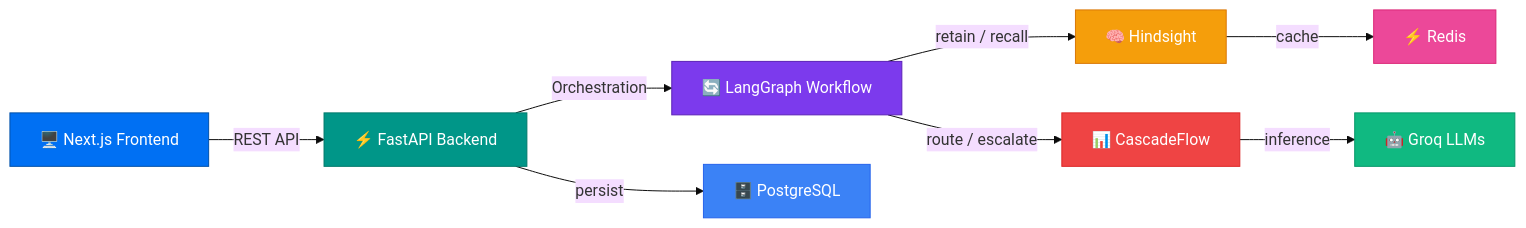
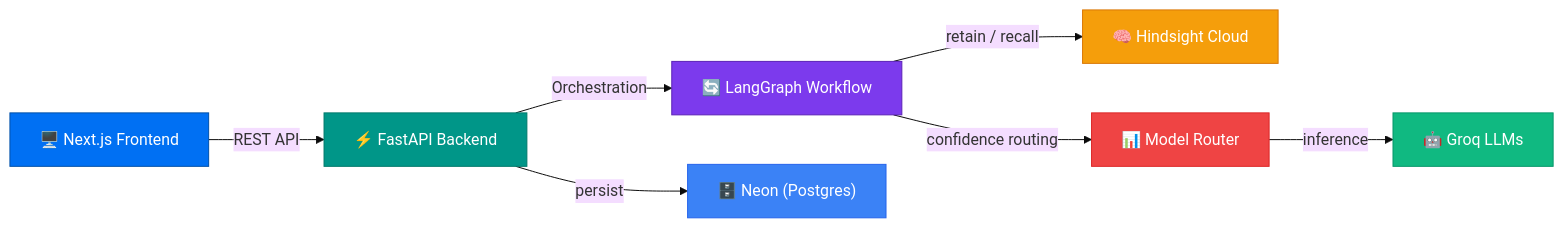
One commit to cartman2k05/codepilot-ai changed the first of 2 diagrams in README.md. Above: the diagram before and after it, drawn with Mermaid (base theme). The commit also changed other lines of this file and 13 other files, not shown here.

Commit message:
chore: production infra cleanup -- remove Redis/Hindsight container, cascadeflow dep, semgrep subprocess; add Hindsight Cloud auth; switch DB default to Neon; delete scratch files

````diff
--- a/README.md
+++ b/README.md
@@ -41,19 +41,17 @@
 ```mermaid
 graph LR
     A["🖥️ Next.js Frontend"] -->|REST API| B["⚡ FastAPI Backend"]
     B -->|Orchestration| C["🔄 LangGraph Workflow"]
-    C -->|retain / recall| D["🧠 Hindsight"]
-    C -->|route / escalate| E["📊 CascadeFlow"]
+    C -->|retain / recall| D["🧠 Hindsight Cloud"]
+    C -->|confidence routing| E["📊 Model Router"]
     E -->|inference| F["🤖 Groq LLMs"]
-    B -->|persist| G["🗄️ PostgreSQL"]
-    D -->|cache| H["⚡ Redis"]
+    B -->|persist| G["🗄️ Neon (Postgres)"]
 
     style A fill:#0070f3,stroke:#0051a8,color:#fff
     style B fill:#009688,stroke:#00796b,color:#fff
     style C fill:#7c3aed,stroke:#5b21b6,color:#fff
     style D fill:#f59e0b,stroke:#d97706,color:#fff
     style E fill:#ef4444,stroke:#dc2626,color:#fff
     style F fill:#10b981,stroke:#059669,color:#fff
     style G fill:#3b82f6,stroke:#2563eb,color:#fff
-    style H fill:#ec4899,stroke:#db2777,color:#fff
 ```
````
